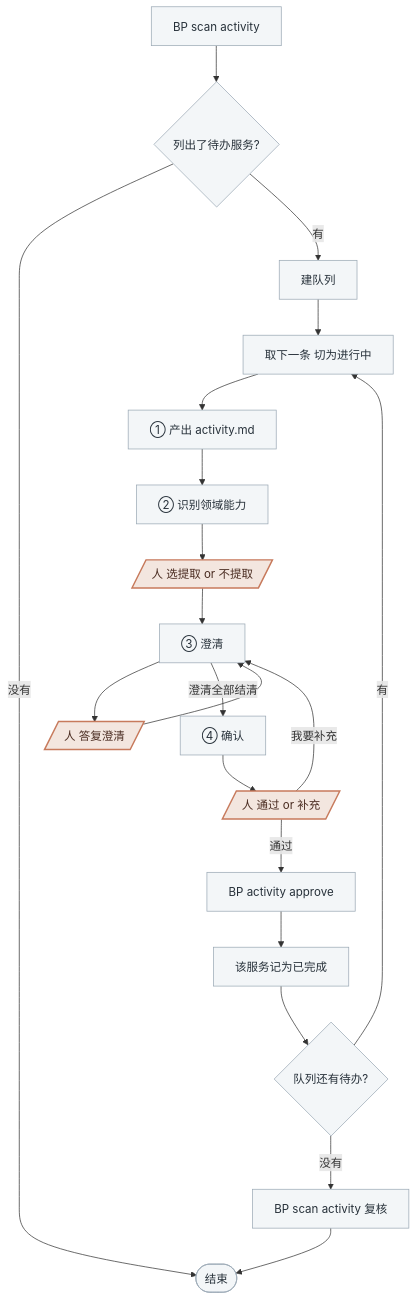
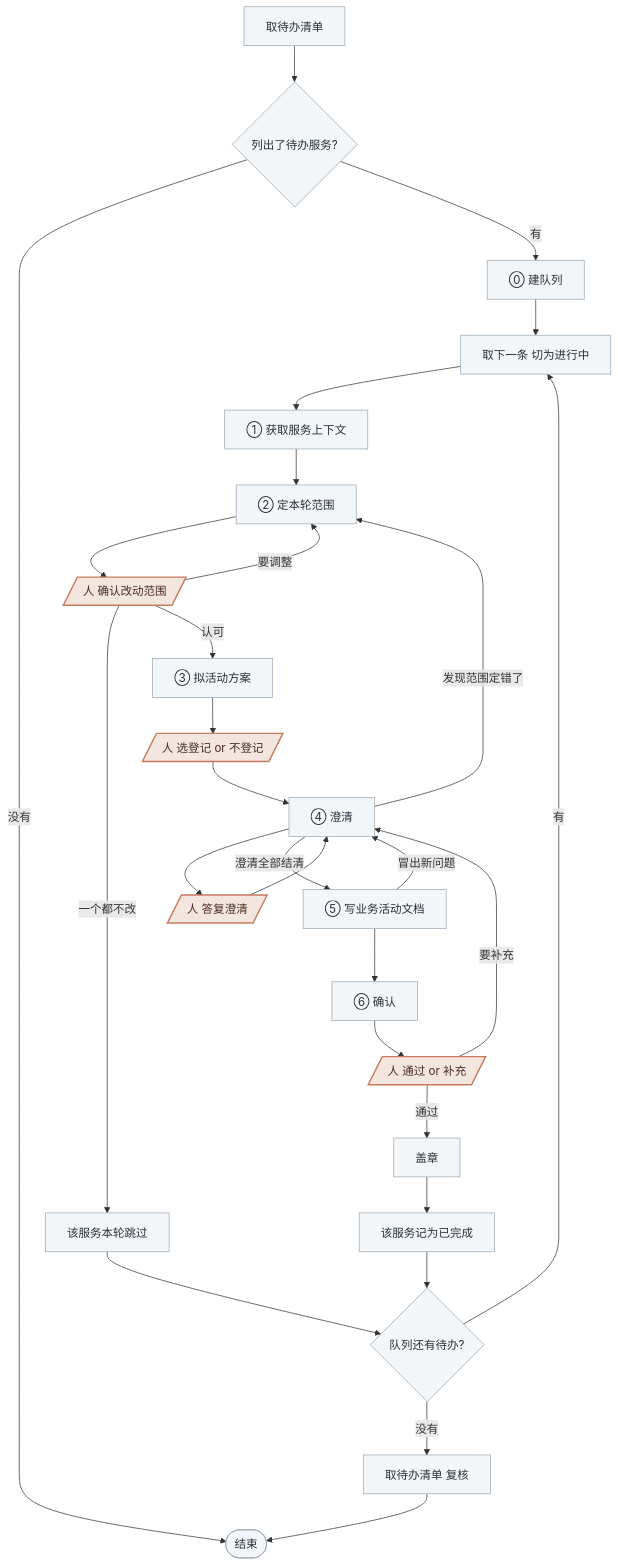
Before and after one commit to chxt100016/blueprint: the diagram in skills/blueprint/assets/skills/activity.md, drawn with Mermaid. The commit also changed other lines of this file and 45 other files, not shown here.

````diff
--- a/skills/blueprint/assets/skills/activity.md
+++ b/skills/blueprint/assets/skills/activity.md
@@ -62,25 +64,33 @@
 ```mermaid
 flowchart TD
-    S1[BP scan activity] --> S2{列出了待办服务?}
+    S1[取待办清单] --> S2{列出了待办服务?}
     S2 -->|没有| ZZ([结束])
-    S2 -->|有| S3[建队列]
+    S2 -->|有| S3[⓪ 建队列]
     S3 --> S4[取下一条 切为进行中]
-    S4 --> C[① 产出 activity.md]
-    C --> D[② 识别领域能力]
-    D --> P1[/人 选提取 or 不提取/]
-    P1 --> E[③ 澄清]
-    E --> P2[/人 答复澄清/]
-    P2 --> E
-    E -->|澄清全部结清| F[④ 确认]
-    F --> P3[/人 通过 or 补充/]
-    P3 -->|我要补充| E
-    P3 -->|通过| H[BP activity approve]
+    S4 --> A[① 获取服务上下文]
+    A --> B[② 定本轮范围]
+    B --> P1[/人 确认改动范围/]
+    P1 -->|要调整| B
+    P1 -->|一个都不改| SK[该服务本轮跳过]
+    P1 -->|认可| C[③ 拟活动方案]
+    C --> P2[/人 选登记 or 不登记/]
+    P2 --> D[④ 澄清]
+    D --> P3[/人 答复澄清/]
+    P3 --> D
+    D -->|发现范围定错了| B
+    D -->|澄清全部结清| E[⑤ 写业务活动文档]
+    E -->|冒出新问题| D
+    E --> F[⑥ 确认]
+    F --> P4[/人 通过 or 补充/]
+    P4 -->|要补充| D
+    P4 -->|通过| H[盖章]
     H --> S5[该服务记为已完成]
     S5 --> S6{队列还有待办?}
+    SK --> S6
     S6 -->|有| S4
-    S6 -->|没有| V[BP scan activity 复核] --> ZZ
+    S6 -->|没有| V[取待办清单 复核] --> ZZ
 
     classDef default fill:#f3f6f8,stroke:#9aa8b4,color:#27313a
     classDef human fill:#f3e6df,stroke:#c77a5c,color:#4a2c21,stroke-width:2px
-    class P1,P2,P3 human
+    class P1,P2,P3,P4 human
 ```
````
